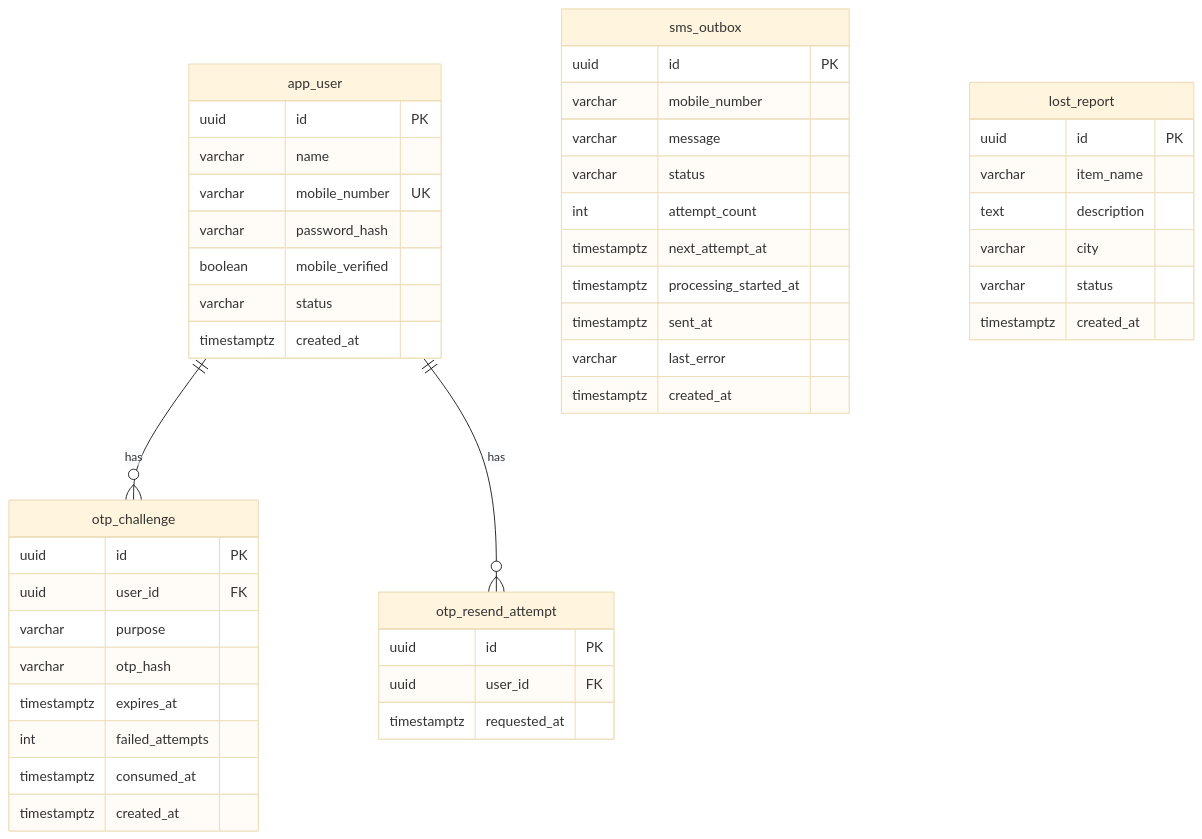
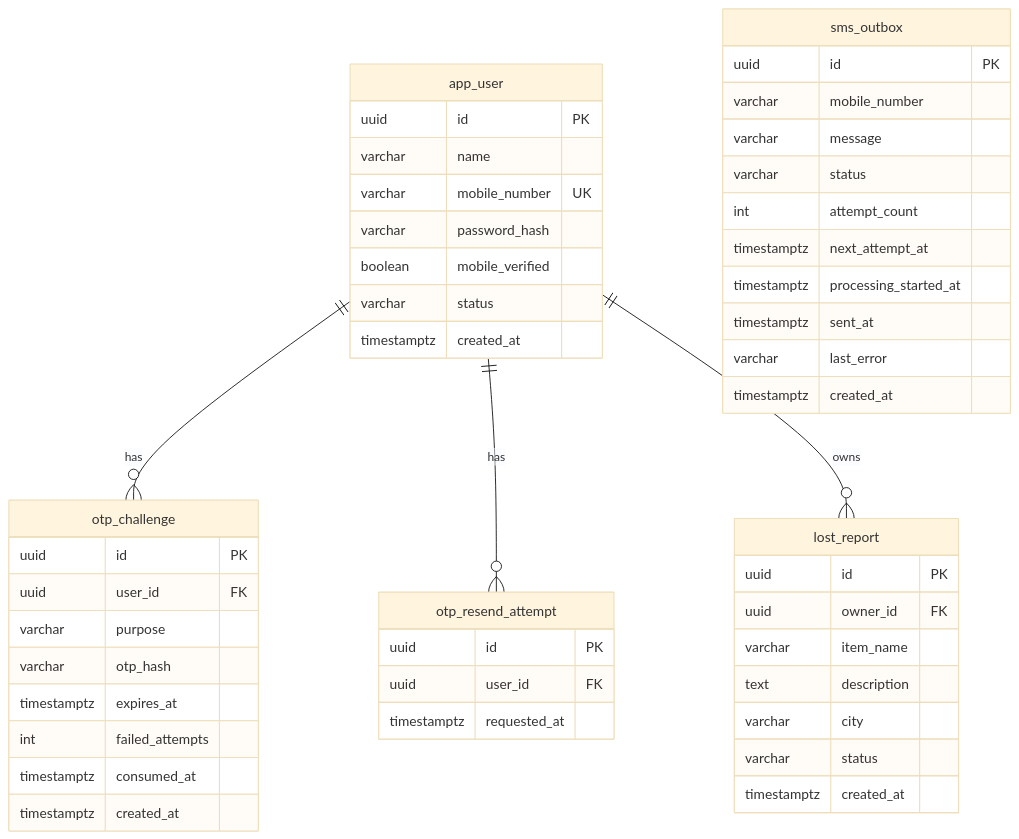
One commit to murali590/milaavo changed the diagram in docs/design/02-data-model.md. Above: the diagram before and after it, drawn with Mermaid (base theme). The commit also changed other lines of this file and 8 other files, not shown here.

Commit message:
Update docs for report ownership and AuthUser context

````diff
--- a/docs/design/02-data-model.md
+++ b/docs/design/02-data-model.md
@@ -7,49 +7,51 @@
 ```mermaid
 erDiagram
     app_user ||--o{ otp_challenge : "has"
     app_user ||--o{ otp_resend_attempt : "has"
+    app_user ||--o{ lost_report : "owns"
     app_user {
         uuid id PK
         varchar name
         varchar mobile_number UK
         varchar password_hash
         boolean mobile_verified
         varchar status
         timestamptz created_at
     }
     otp_challenge {
         uuid id PK
         uuid user_id FK
         varchar purpose
         varchar otp_hash
         timestamptz expires_at
         int failed_attempts
         timestamptz consumed_at
         timestamptz created_at
     }
     otp_resend_attempt {
         uuid id PK
         uuid user_id FK
         timestamptz requested_at
     }
     sms_outbox {
         uuid id PK
         varchar mobile_number
         varchar message
         varchar status
         int attempt_count
         timestamptz next_attempt_at
         timestamptz processing_started_at
         timestamptz sent_at
         varchar last_error
         timestamptz created_at
     }
     lost_report {
         uuid id PK
+        uuid owner_id FK
         varchar item_name
         text description
         varchar city
         varchar status
         timestamptz created_at
     }
 ```
````
